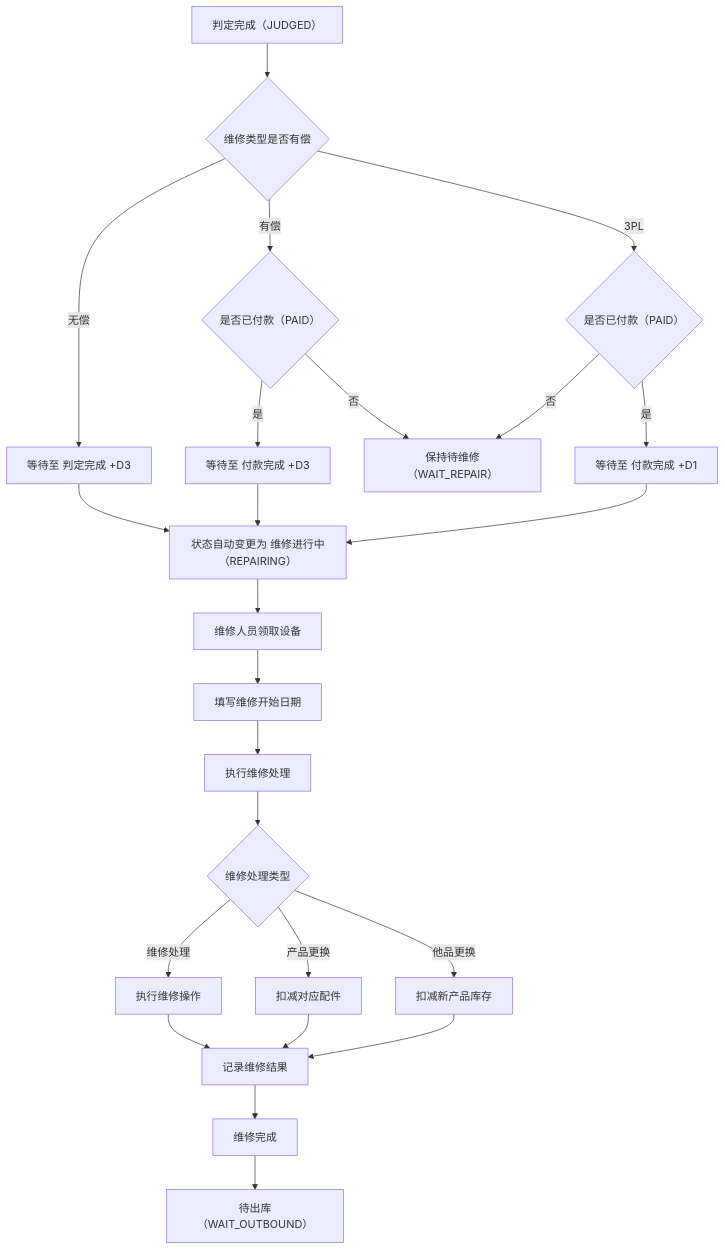
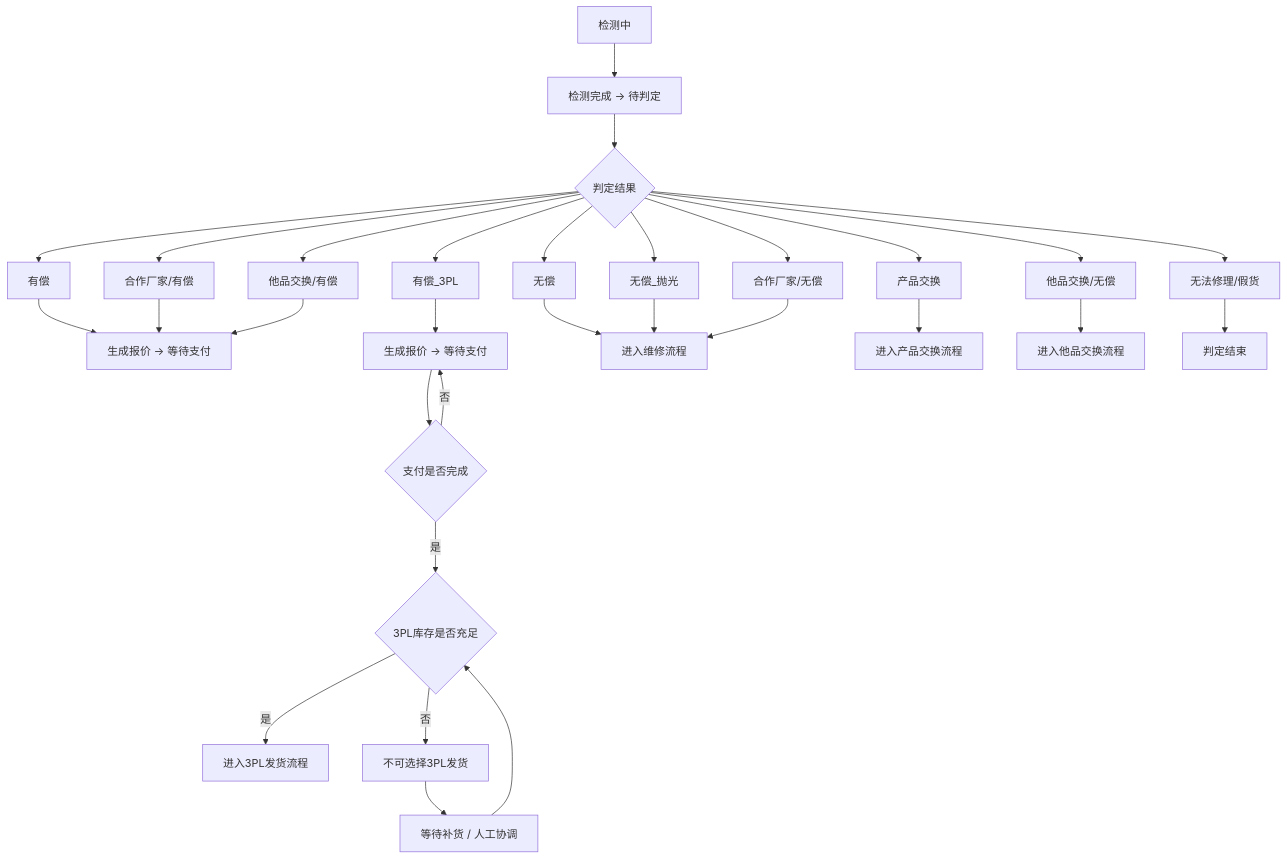
The fourth of 38 diagrams in 文档/GM系统需求说明.md (guguohai/gmps), drawn with Mermaid before and after one commit. The commit also changed other lines of this file, not shown here.

````diff
--- a/文档/GM系统需求说明.md
+++ b/文档/GM系统需求说明.md
@@ -434,35 +259,39 @@
 ```mermaid
 flowchart TD
 
-A[判定完成（JUDGED）] --> B{维修类型是否有偿}
+A[检测中] --> B[检测完成 → 待判定]
+B --> C{判定结果}
 
-B -->|无偿| C[等待至 判定完成 +D3]
-B -->|有偿| D{是否已付款（PAID）}
-B -->|3PL| E{是否已付款（PAID）}
+C --> D[产品交换]
+C --> E[有偿]
+C --> F[无偿]
+C --> G[有偿_3PL]
+C --> H[无偿_抛光]
+C --> I[合作厂家/有偿]
+C --> J[合作厂家/无偿]
+C --> K[无法修理/假货]
+C --> M[他品交换/有偿]
+C --> N[他品交换/无偿]
 
-D -->|是| F[等待至 付款完成 +D3]
-D -->|否| Z1[保持待维修（WAIT_REPAIR）]
+E --> O[生成报价 → 等待支付]
+I --> O
+M --> O
 
-E -->|是| G[等待至 付款完成 +D1]
-E -->|否| Z1
+G --> O1[生成报价 → 等待支付]
+O1 --> P1{支付是否完成}
+P1 -->|是| A2{3PL库存是否充足}
+P1 -->|否| O1
+A2 -->|是| A3[进入3PL发货流程]
+A2 -->|否| A4[不可选择3PL发货]
+A4 --> A5[等待补货 / 人工协调]
+A5 --> A2
 
-C --> H[状态自动变更为 维修进行中（REPAIRING）]
-F --> H
-G --> H
+F --> P[进入维修流程]
+H --> P
+J --> P
 
-H --> I[维修人员领取设备]
-I --> J[填写维修开始日期]
-J --> K[执行维修处理]
+D --> Q[进入产品交换流程]
+N --> R[进入他品交换流程]
 
-K --> L{维修处理类型}
-L -->|维修处理| M[执行维修操作]
-L -->|产品更换| N[扣减对应配件]
-L -->|他品更换| O[扣减新产品库存]
-
-M --> P[记录维修结果]
-N --> P
-O --> P
-
-P --> Q[维修完成]
-Q --> R[待出库（WAIT_OUTBOUND）]
+K --> S[判定结束]
 ```
````
